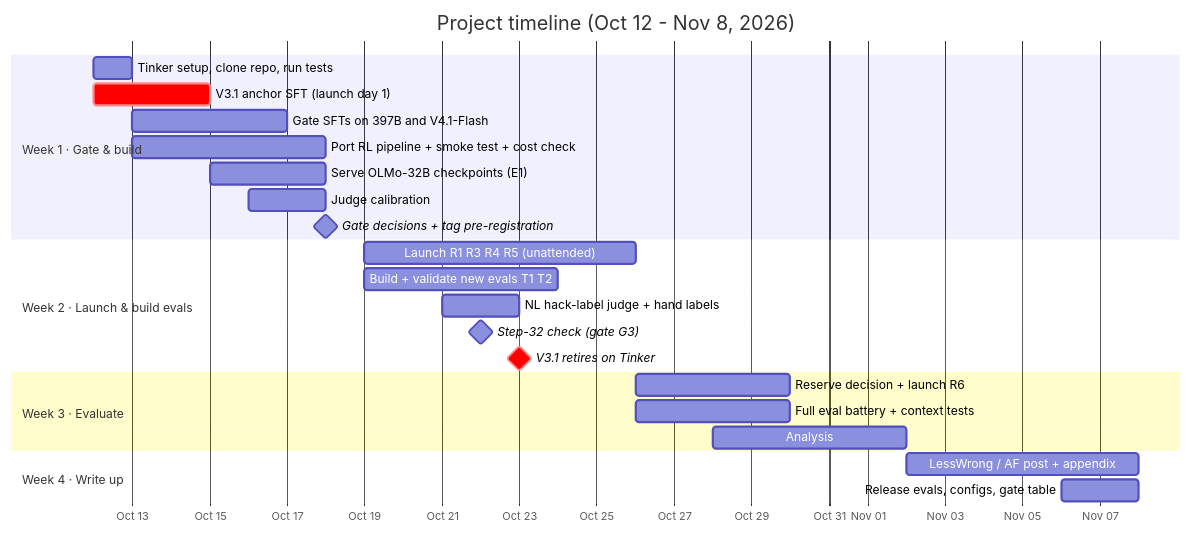
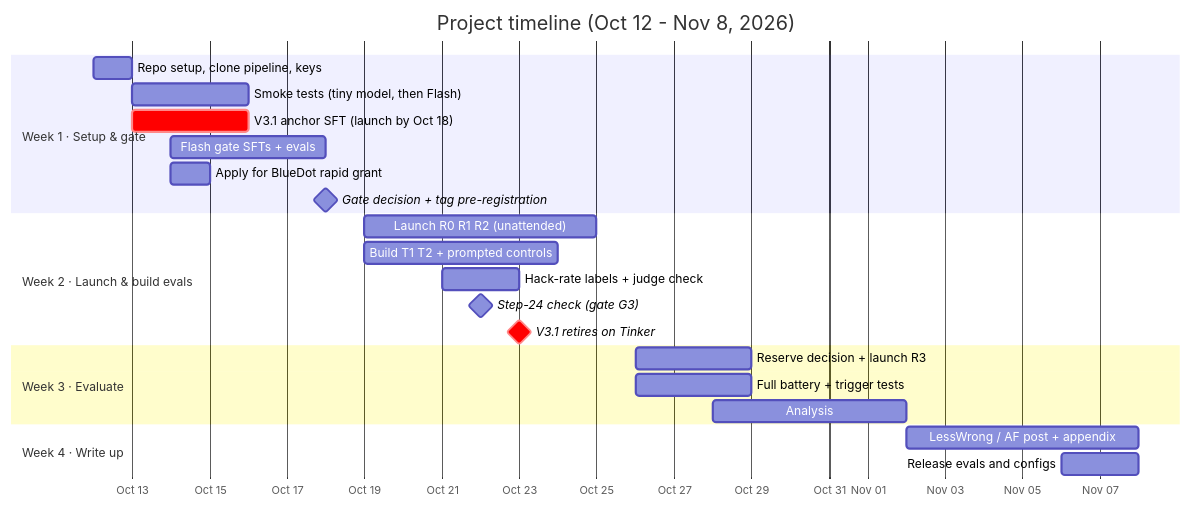
Before and after one commit to ShubsDS/reward-hacks: the first of 2 diagrams in experimental-direction/03-timeline-and-budget.md, drawn with Mermaid. The commit also changed other lines of this file, not shown here.

Commit message:
Replace budget with staged under-$1k plan and 40-hour timeline

````diff
--- a/experimental-direction/03-timeline-and-budget.md
+++ b/experimental-direction/03-timeline-and-budget.md
@@ -16,31 +16,30 @@
 ```mermaid
 gantt
     title Project timeline (Oct 12 - Nov 8, 2026)
     dateFormat YYYY-MM-DD
     axisFormat %b %d
 
-    section Week 1 · Gate & build
-    Tinker setup, clone repo, run tests        :w1a, 2026-10-12, 1d
-    V3.1 anchor SFT (launch day 1)              :crit, w1b, 2026-10-12, 3d
-    Gate SFTs on 397B and V4.1-Flash            :w1c, 2026-10-13, 4d
-    Port RL pipeline + smoke test + cost check  :w1d, 2026-10-13, 5d
-    Serve OLMo-32B checkpoints (E1)             :w1e, 2026-10-15, 3d
-    Judge calibration                           :w1f, 2026-10-16, 2d
-    Gate decisions + tag pre-registration       :milestone, m1, 2026-10-18, 0d
+    section Week 1 · Setup & gate
+    Repo setup, clone pipeline, keys            :w1a, 2026-10-12, 1d
+    Smoke tests (tiny model, then Flash)        :w1b, 2026-10-13, 3d
+    V3.1 anchor SFT (launch by Oct 18)          :crit, w1c, 2026-10-13, 3d
+    Flash gate SFTs + evals                     :w1d, 2026-10-14, 4d
+    Apply for BlueDot rapid grant               :w1e, 2026-10-14, 1d
+    Gate decision + tag pre-registration        :milestone, m1, 2026-10-18, 0d
 
     section Week 2 · Launch & build evals
-    Launch R1 R3 R4 R5 (unattended)             :w2a, 2026-10-19, 7d
-    Build + validate new evals T1 T2            :w2b, 2026-10-19, 5d
-    NL hack-label judge + hand labels           :w2c, 2026-10-21, 2d
-    Step-32 check (gate G3)                     :milestone, m2, 2026-10-22, 0d
+    Launch R0 R1 R2 (unattended)                :w2a, 2026-10-19, 6d
+    Build T1 T2 + prompted controls             :w2b, 2026-10-19, 5d
+    Hack-rate labels + judge check              :w2c, 2026-10-21, 2d
+    Step-24 check (gate G3)                     :milestone, m2, 2026-10-22, 0d
     V3.1 retires on Tinker                      :crit, milestone, m3, 2026-10-23, 0d
 
     section Week 3 · Evaluate
-    Reserve decision + launch R6                :w3a, 2026-10-26, 4d
-    Full eval battery + context tests           :w3b, 2026-10-26, 4d
+    Reserve decision + launch R3                :w3a, 2026-10-26, 3d
+    Full battery + trigger tests                :w3b, 2026-10-26, 3d
     Analysis                                    :w3c, 2026-10-28, 5d
 
     section Week 4 · Write up
     LessWrong / AF post + appendix              :w4a, 2026-11-02, 6d
-    Release evals, configs, gate table          :w4b, 2026-11-06, 2d
+    Release evals and configs                   :w4b, 2026-11-06, 2d
 ```
````
